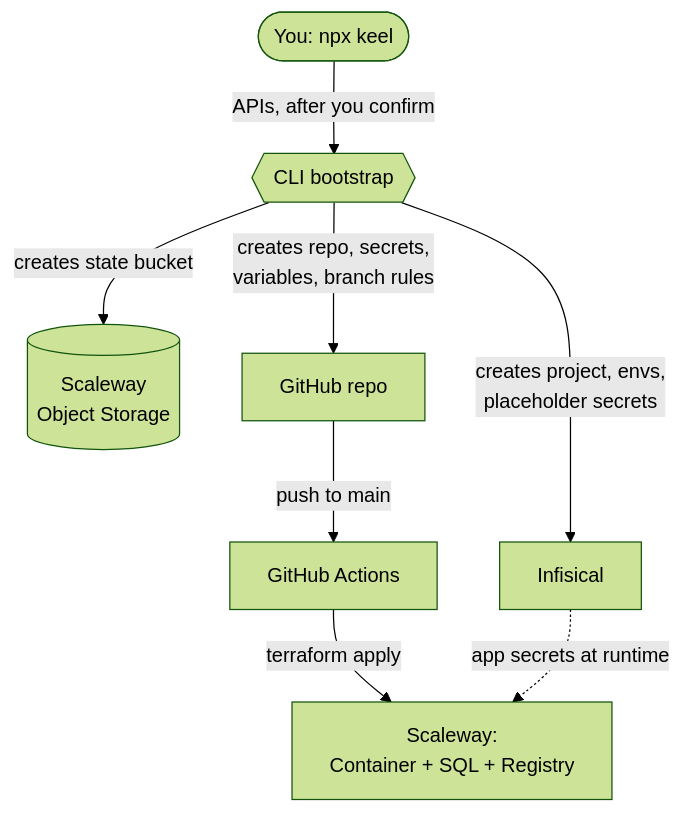
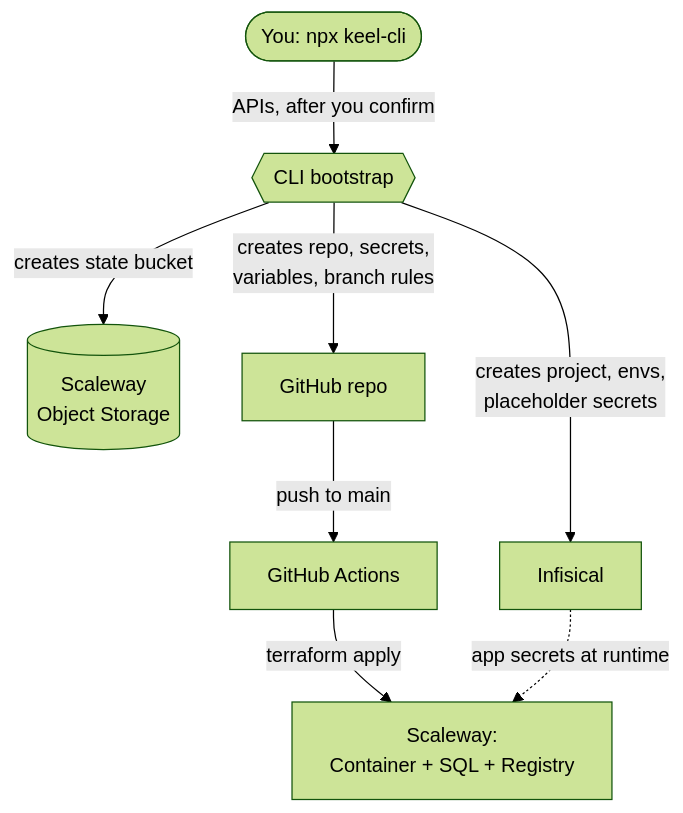
Before and after one commit to Gambi97/keel: the diagram in README.md, drawn with Mermaid (forest theme). The commit also changed other lines of this file and 3 other files, not shown here.

First line of the commit message:
Publish to npm: release workflow, new tagline, npx keel-cli quickstart

````diff
--- a/README.md
+++ b/README.md
@@ -138,10 +135,10 @@
 ```mermaid
 flowchart TD
-    You([You: npx keel]) -->|APIs, after you confirm| CLI{{CLI bootstrap}}
+    You([You: npx keel-cli]) -->|APIs, after you confirm| CLI{{CLI bootstrap}}
     CLI -->|creates state bucket| SCW[(Scaleway<br/>Object Storage)]
     CLI -->|creates repo, secrets,<br/>variables, branch rules| GH[GitHub repo]
     CLI -->|creates project, envs,<br/>placeholder secrets| INF[Infisical]
     GH -->|push to main| ACT[GitHub Actions]
     ACT -->|terraform apply| PROD[Scaleway:<br/>Container + SQL + Registry]
     INF -.->|app secrets at runtime| PROD
 ```
````
